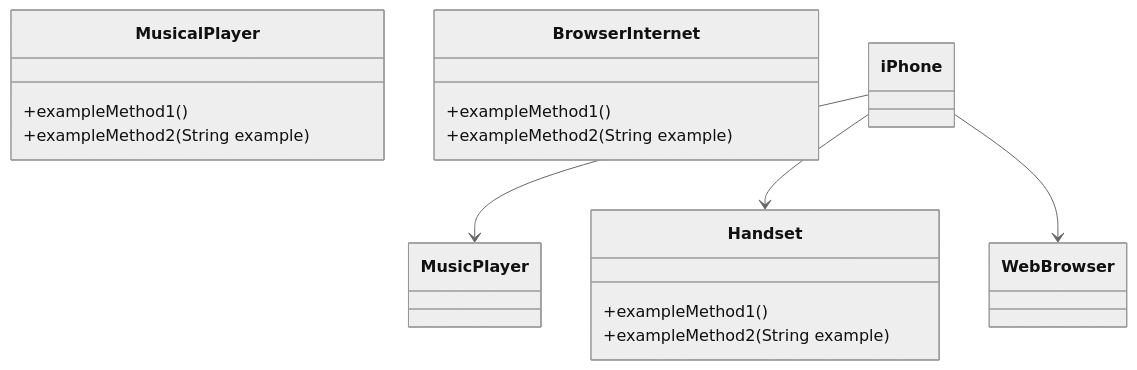
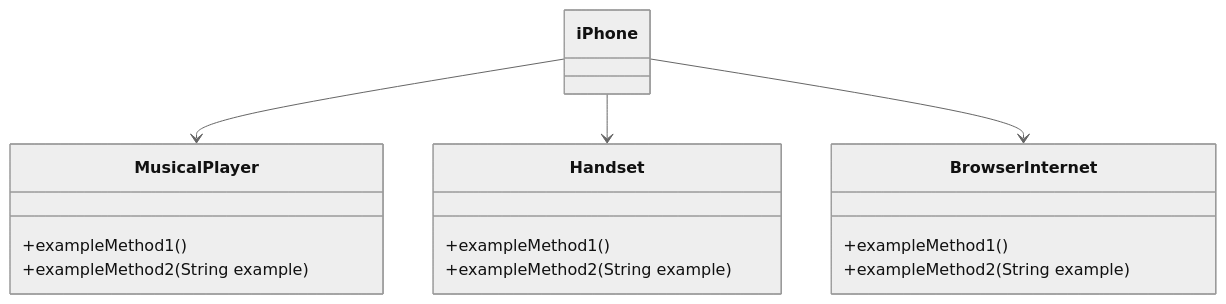
One commit to ArtScapin/bradesco-java-cloud-native changed the diagram in IphoneComponents/README.md. Above: the diagram before and after it, drawn with Mermaid (neutral theme).

Commit message:
OOP Challenge - IPhone Components

````diff
--- a/IphoneComponents/README.md
+++ b/IphoneComponents/README.md
@@ -31,24 +31,24 @@
 ```mermaid
 classDiagram
     class MusicalPlayer {
         +exampleMethod1()
         +exampleMethod2(String example)
     }
 
     class Handset {
         +exampleMethod1()
         +exampleMethod2(String example)
     }
 
     class BrowserInternet {
         +exampleMethod1()
         +exampleMethod2(String example)
     }
 
     class iPhone {
     }
 
-    iPhone --> MusicPlayer
+    iPhone --> MusicalPlayer
     iPhone --> Handset
-    iPhone --> Web Browser
+    iPhone --> BrowserInternet
 ```
````
